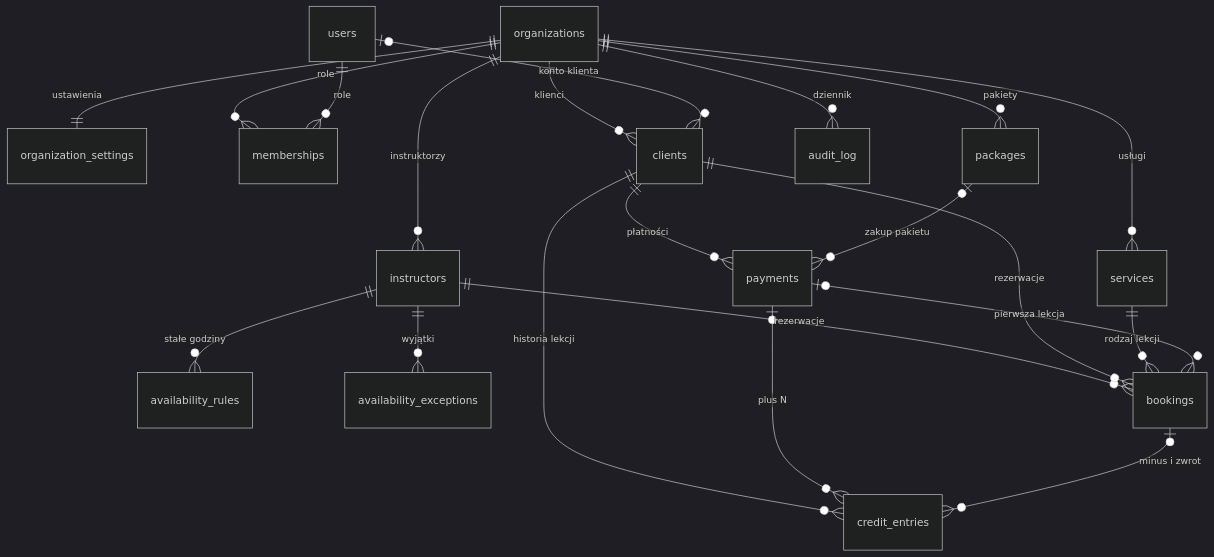
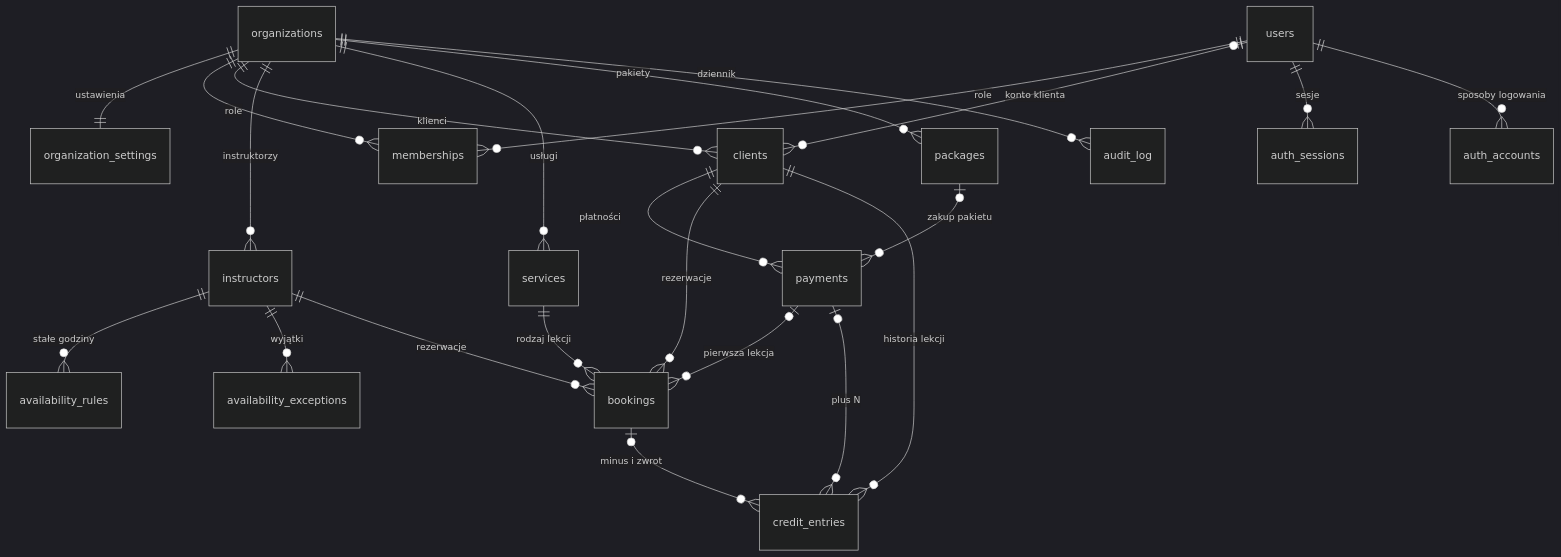
One commit to denovis/rezerwacje-lekcji changed the diagram in docs/model-danych.md. Above: the diagram before and after it, drawn with Mermaid (dark theme). The commit also changed other lines of this file and 42 other files, not shown here.

````diff
--- a/docs/model-danych.md
+++ b/docs/model-danych.md
@@ -5,23 +5,25 @@
 ```mermaid
 erDiagram
   organizations ||--|| organization_settings : "ustawienia"
   organizations ||--o{ memberships : "role"
   users ||--o{ memberships : "role"
   organizations ||--o{ clients : "klienci"
   users |o--o{ clients : "konto klienta"
   organizations ||--o{ instructors : "instruktorzy"
   instructors ||--o{ availability_rules : "stałe godziny"
   instructors ||--o{ availability_exceptions : "wyjątki"
   organizations ||--o{ services : "usługi"
   organizations ||--o{ packages : "pakiety"
   clients ||--o{ payments : "płatności"
   packages |o--o{ payments : "zakup pakietu"
   instructors ||--o{ bookings : "rezerwacje"
   clients ||--o{ bookings : "rezerwacje"
   services ||--o{ bookings : "rodzaj lekcji"
   payments |o--o{ bookings : "pierwsza lekcja"
   clients ||--o{ credit_entries : "historia lekcji"
   payments |o--o{ credit_entries : "plus N"
   bookings |o--o{ credit_entries : "minus i zwrot"
   organizations ||--o{ audit_log : "dziennik"
+  users ||--o{ auth_sessions : "sesje"
+  users ||--o{ auth_accounts : "sposoby logowania"
 ```
````
